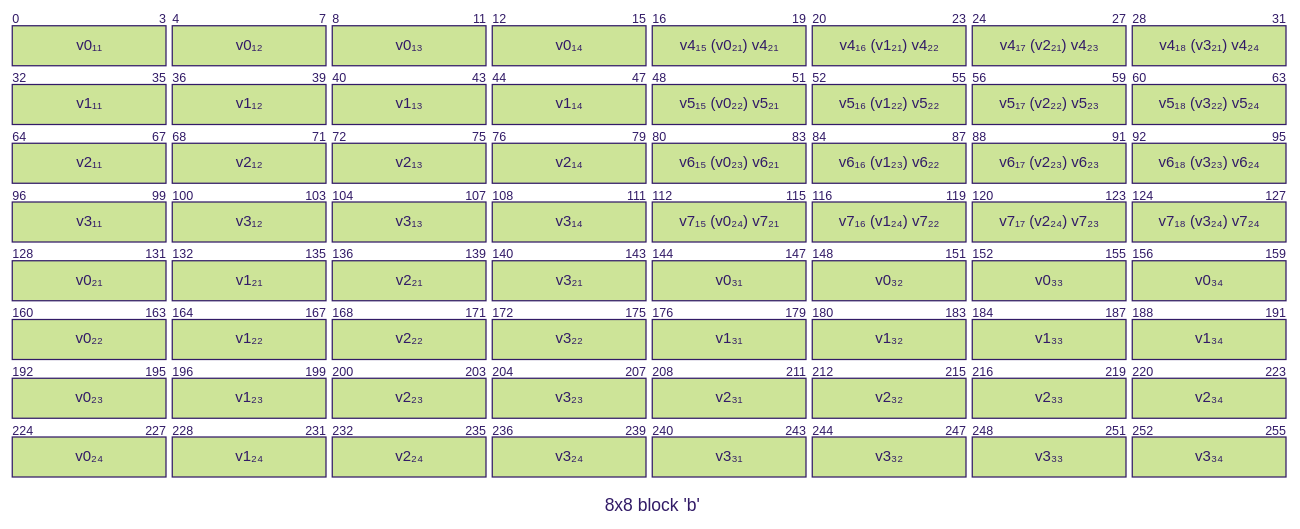
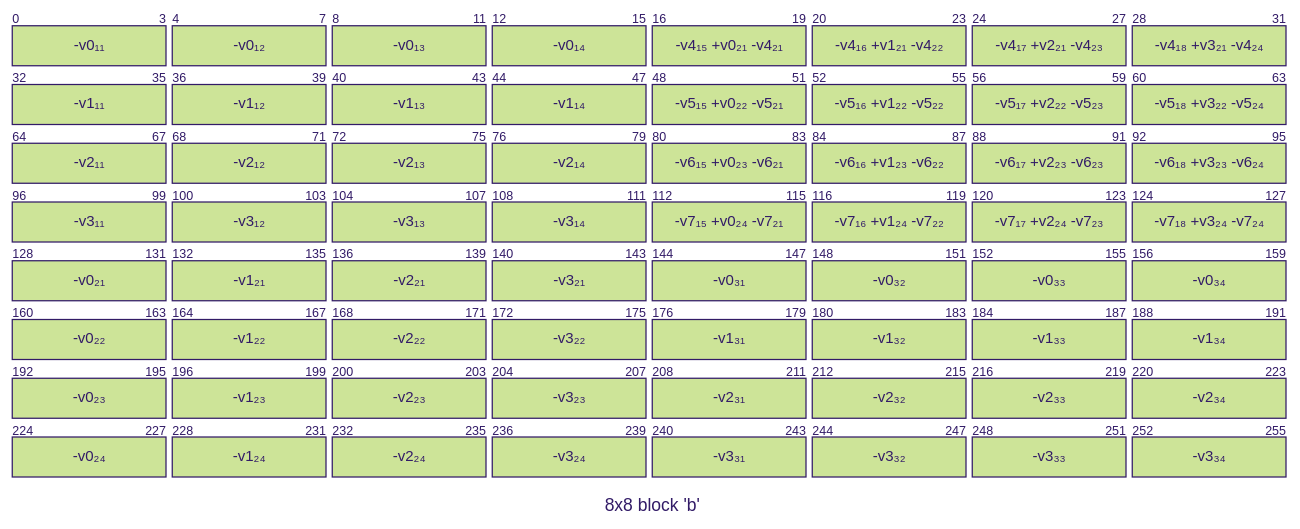
The seventh of 7 diagrams in Cache Lab/workspace/20240614.md (hanmyeonglee/cs211), drawn with Mermaid (forest theme) before and after one commit. The commit also changed other lines of this file, not shown here.

````diff
--- a/Cache Lab/workspace/20240614.md
+++ b/Cache Lab/workspace/20240614.md
@@ -466,70 +472,70 @@
 ```mermaid
 ---
 title: "8x8 block 'b'"
 ---
 packet
-  +4: "v0₁₁"
-  +4: "v0₁₂"
-  +4: "v0₁₃"
-  +4: "v0₁₄"
-  +4: "v4₁₅ (v0₂₁) v4₂₁"
-  +4: "v4₁₆ (v1₂₁) v4₂₂"
-  +4: "v4₁₇ (v2₂₁) v4₂₃"
-  +4: "v4₁₈ (v3₂₁) v4₂₄"
-  +4: "v1₁₁"
-  +4: "v1₁₂"
-  +4: "v1₁₃"
-  +4: "v1₁₄"
-  +4: "v5₁₅ (v0₂₂) v5₂₁"
-  +4: "v5₁₆ (v1₂₂) v5₂₂"
-  +4: "v5₁₇ (v2₂₂) v5₂₃"
-  +4: "v5₁₈ (v3₂₂) v5₂₄"
-  +4: "v2₁₁"
-  +4: "v2₁₂"
-  +4: "v2₁₃"
-  +4: "v2₁₄"
-  +4: "v6₁₅ (v0₂₃) v6₂₁"
-  +4: "v6₁₆ (v1₂₃) v6₂₂"
-  +4: "v6₁₇ (v2₂₃) v6₂₃"
-  +4: "v6₁₈ (v3₂₃) v6₂₄"
-  +4: "v3₁₁"
-  +4: "v3₁₂"
-  +4: "v3₁₃"
-  +4: "v3₁₄"
-  +4: "v7₁₅ (v0₂₄) v7₂₁"
-  +4: "v7₁₆ (v1₂₄) v7₂₂"
-  +4: "v7₁₇ (v2₂₄) v7₂₃"
-  +4: "v7₁₈ (v3₂₄) v7₂₄"
-  +4: "v0₂₁"
-  +4: "v1₂₁"
-  +4: "v2₂₁"
-  +4: "v3₂₁"
-  +4: "v0₃₁"
-  +4: "v0₃₂"
-  +4: "v0₃₃"
-  +4: "v0₃₄"
-  +4: "v0₂₂"
-  +4: "v1₂₂"
-  +4: "v2₂₂"
-  +4: "v3₂₂"
-  +4: "v1₃₁"
-  +4: "v1₃₂"
-  +4: "v1₃₃"
-  +4: "v1₃₄"
-  +4: "v0₂₃"
-  +4: "v1₂₃"
-  +4: "v2₂₃"
-  +4: "v3₂₃"
-  +4: "v2₃₁"
-  +4: "v2₃₂"
-  +4: "v2₃₃"
-  +4: "v2₃₄"
-  +4: "v0₂₄"
-  +4: "v1₂₄"
-  +4: "v2₂₄"
-  +4: "v3₂₄"
-  +4: "v3₃₁"
-  +4: "v3₃₂"
-  +4: "v3₃₃"
-  +4: "v3₃₄"
+  +4: "-v0₁₁"
+  +4: "-v0₁₂"
+  +4: "-v0₁₃"
+  +4: "-v0₁₄"
+  +4: "-v4₁₅ +v0₂₁ -v4₂₁"
+  +4: "-v4₁₆ +v1₂₁ -v4₂₂"
+  +4: "-v4₁₇ +v2₂₁ -v4₂₃"
+  +4: "-v4₁₈ +v3₂₁ -v4₂₄"
+  +4: "-v1₁₁"
+  +4: "-v1₁₂"
+  +4: "-v1₁₃"
+  +4: "-v1₁₄"
+  +4: "-v5₁₅ +v0₂₂ -v5₂₁"
+  +4: "-v5₁₆ +v1₂₂ -v5₂₂"
+  +4: "-v5₁₇ +v2₂₂ -v5₂₃"
+  +4: "-v5₁₈ +v3₂₂ -v5₂₄"
+  +4: "-v2₁₁"
+  +4: "-v2₁₂"
+  +4: "-v2₁₃"
+  +4: "-v2₁₄"
+  +4: "-v6₁₅ +v0₂₃ -v6₂₁"
+  +4: "-v6₁₆ +v1₂₃ -v6₂₂"
+  +4: "-v6₁₇ +v2₂₃ -v6₂₃"
+  +4: "-v6₁₈ +v3₂₃ -v6₂₄"
+  +4: "-v3₁₁"
+  +4: "-v3₁₂"
+  +4: "-v3₁₃"
+  +4: "-v3₁₄"
+  +4: "-v7₁₅ +v0₂₄ -v7₂₁"
+  +4: "-v7₁₆ +v1₂₄ -v7₂₂"
+  +4: "-v7₁₇ +v2₂₄ -v7₂₃"
+  +4: "-v7₁₈ +v3₂₄ -v7₂₄"
+  +4: "-v0₂₁"
+  +4: "-v1₂₁"
+  +4: "-v2₂₁"
+  +4: "-v3₂₁"
+  +4: "-v0₃₁"
+  +4: "-v0₃₂"
+  +4: "-v0₃₃"
+  +4: "-v0₃₄"
+  +4: "-v0₂₂"
+  +4: "-v1₂₂"
+  +4: "-v2₂₂"
+  +4: "-v3₂₂"
+  +4: "-v1₃₁"
+  +4: "-v1₃₂"
+  +4: "-v1₃₃"
+  +4: "-v1₃₄"
+  +4: "-v0₂₃"
+  +4: "-v1₂₃"
+  +4: "-v2₂₃"
+  +4: "-v3₂₃"
+  +4: "-v2₃₁"
+  +4: "-v2₃₂"
+  +4: "-v2₃₃"
+  +4: "-v2₃₄"
+  +4: "-v0₂₄"
+  +4: "-v1₂₄"
+  +4: "-v2₂₄"
+  +4: "-v3₂₄"
+  +4: "-v3₃₁"
+  +4: "-v3₃₂"
+  +4: "-v3₃₃"
+  +4: "-v3₃₄"
 ```
````
